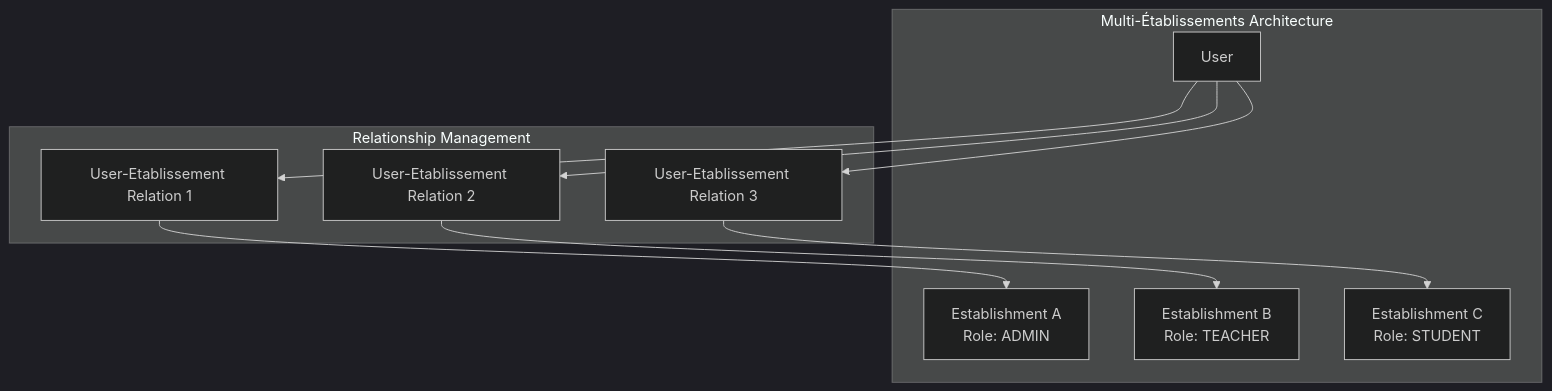
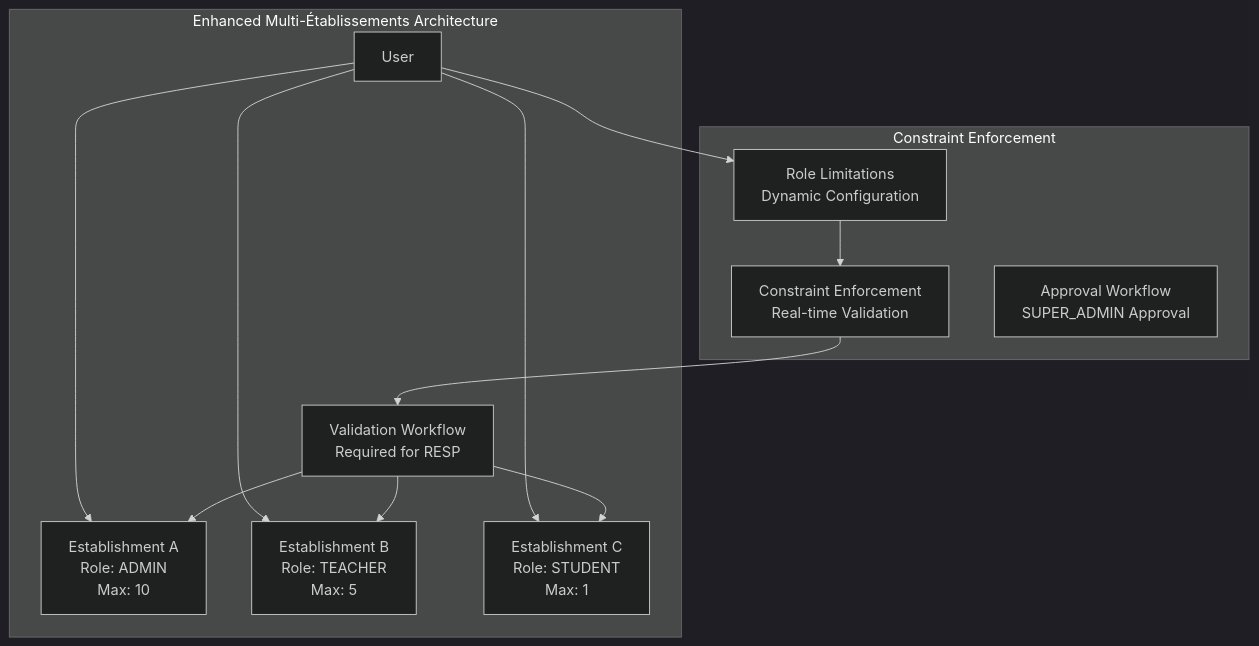
One commit to franckylab/eLISAschool changed the second of 18 diagrams in .qoder/repowiki/en/content/Modules & Features/Administrative Modules/Establishment Management.md. Above: the diagram before and after it, drawn with Mermaid (dark theme). The commit also changed other lines of this file and 67 other files, not shown here.

````diff
--- a/.qoder/repowiki/en/content/Modules & Features/Administrative Modules/Establishment Management.md
+++ b/.qoder/repowiki/en/content/Modules & Features/Administrative Modules/Establishment Management.md
@@ -106,20 +116,24 @@
 ```mermaid
 graph TB
-subgraph "Multi-Établissements Architecture"
+subgraph "Enhanced Multi-Établissements Architecture"
 User["User"]
-EtabA["Establishment A<br/>Role: ADMIN"]
-EtabB["Establishment B<br/>Role: TEACHER"]
-EtabC["Establishment C<br/>Role: STUDENT"]
+EtabA["Establishment A<br/>Role: ADMIN<br/>Max: 10"]
+EtabB["Establishment B<br/>Role: TEACHER<br/>Max: 5"]
+EtabC["Establishment C<br/>Role: STUDENT<br/>Max: 1"]
+Validation["Validation Workflow<br/>Required for RESP</Validation>"]
 end
-subgraph "Relationship Management"
-Relation1["User-Etablissement Relation 1"]
-Relation2["User-Etablissement Relation 2"]
-Relation3["User-Etablissement Relation 3"]
+subgraph "Constraint Enforcement"
+Limitations["Role Limitations<br/>Dynamic Configuration"]
+Enforcement["Constraint Enforcement<br/>Real-time Validation"]
+Workflow["Approval Workflow<br/>SUPER_ADMIN Approval"]
 end
-User --> Relation1
-User --> Relation2
-User --> Relation3
-Relation1 --> EtabA
-Relation2 --> EtabB
-Relation3 --> EtabC
+User --> Limitations
+Limitations --> Enforcement
+Enforcement --> Validation
+User --> EtabA
+User --> EtabB
+User --> EtabC
+Validation --> EtabA
+Validation --> EtabB
+Validation --> EtabC
 ```
````
